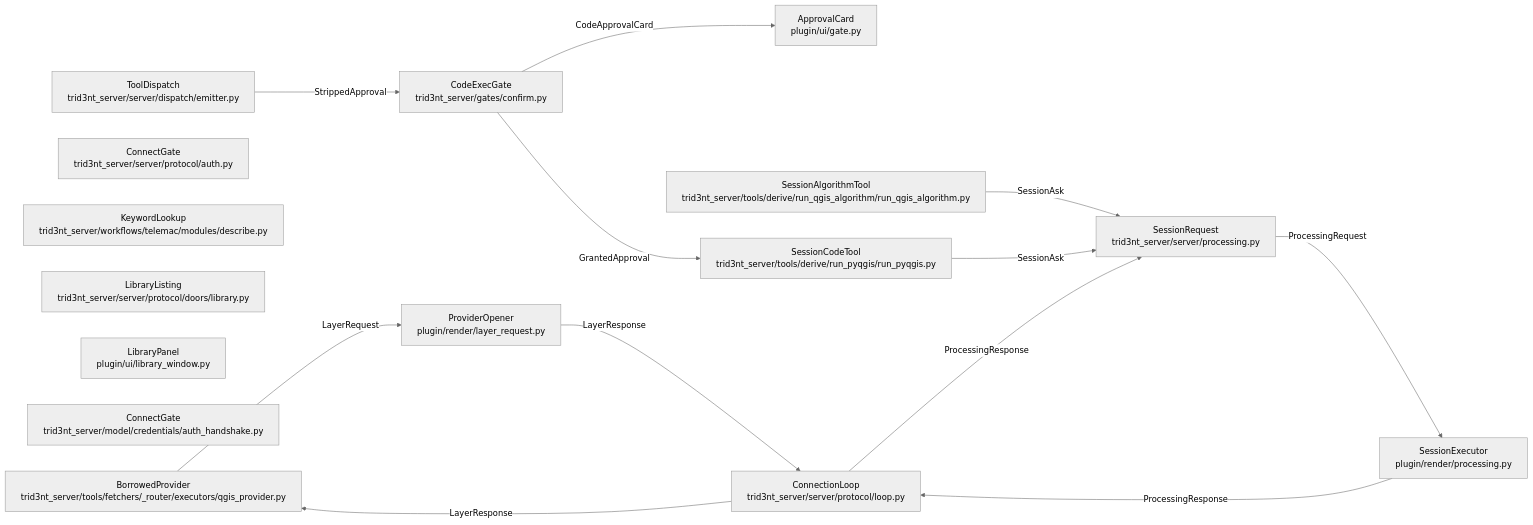
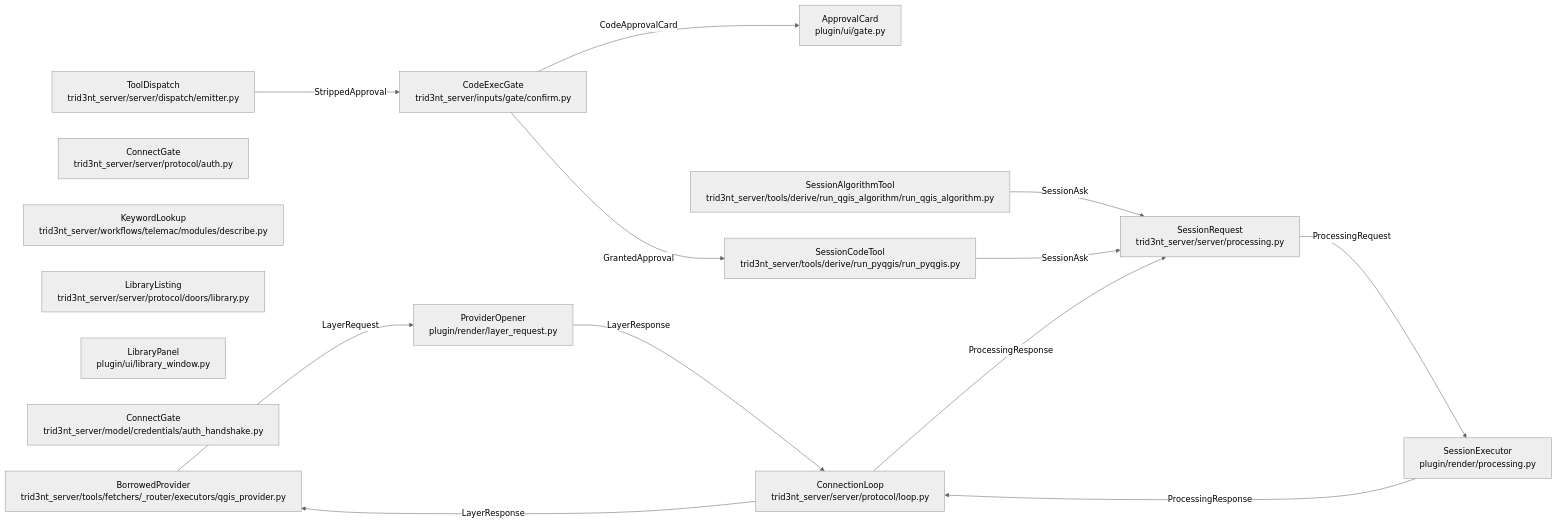
Before and after one commit to double-r-squared/trid3nt-qgis-plugin: the diagram in docs/model/tool-plane-view.md, drawn with Mermaid (neutral theme). The commit also changed 78 other files, not shown here.

First line of the commit message:
inputs: the whole intake - fill.py and the person-input gate move into inputs/

````diff
--- a/docs/model/tool-plane-view.md
+++ b/docs/model/tool-plane-view.md
@@ -9,29 +9,29 @@
 ```mermaid
 flowchart LR
     approvalCard["ApprovalCard<br/>plugin/ui/gate.py"]
     borrowedProvider["BorrowedProvider<br/>trid3nt_server/tools/fetchers/_router/executors/qgis_provider.py"]
-    codeExecGate["CodeExecGate<br/>trid3nt_server/gates/confirm.py"]
+    codeExecGate["CodeExecGate<br/>trid3nt_server/inputs/gate/confirm.py"]
     connectGate["ConnectGate<br/>trid3nt_server/server/protocol/auth.py"]
     connectionLoop["ConnectionLoop<br/>trid3nt_server/server/protocol/loop.py"]
     keywordLookup["KeywordLookup<br/>trid3nt_server/workflows/telemac/modules/describe.py"]
     libraryListing["LibraryListing<br/>trid3nt_server/server/protocol/doors/library.py"]
     libraryPanel["LibraryPanel<br/>plugin/ui/library_window.py"]
     mintedToken["ConnectGate<br/>trid3nt_server/model/credentials/auth_handshake.py"]
     providerOpener["ProviderOpener<br/>plugin/render/layer_request.py"]
     runPyqgis["SessionCodeTool<br/>trid3nt_server/tools/derive/run_pyqgis/run_pyqgis.py"]
     runQgisAlgorithm["SessionAlgorithmTool<br/>trid3nt_server/tools/derive/run_qgis_algorithm/run_qgis_algorithm.py"]
     sessionExecutor["SessionExecutor<br/>plugin/render/processing.py"]
     sessionRequest["SessionRequest<br/>trid3nt_server/server/processing.py"]
     toolDispatch["ToolDispatch<br/>trid3nt_server/server/dispatch/emitter.py"]
     runQgisAlgorithm -- "SessionAsk" --> sessionRequest
     codeExecGate -- "GrantedApproval" --> runPyqgis
     toolDispatch -- "StrippedApproval" --> codeExecGate
     codeExecGate -- "CodeApprovalCard" --> approvalCard
     runPyqgis -- "SessionAsk" --> sessionRequest
     providerOpener -- "LayerResponse" --> connectionLoop
     borrowedProvider -- "LayerRequest" --> providerOpener
     connectionLoop -- "LayerResponse" --> borrowedProvider
     sessionRequest -- "ProcessingRequest" --> sessionExecutor
     sessionExecutor -- "ProcessingResponse" --> connectionLoop
     connectionLoop -- "ProcessingResponse" --> sessionRequest
 ```
````
